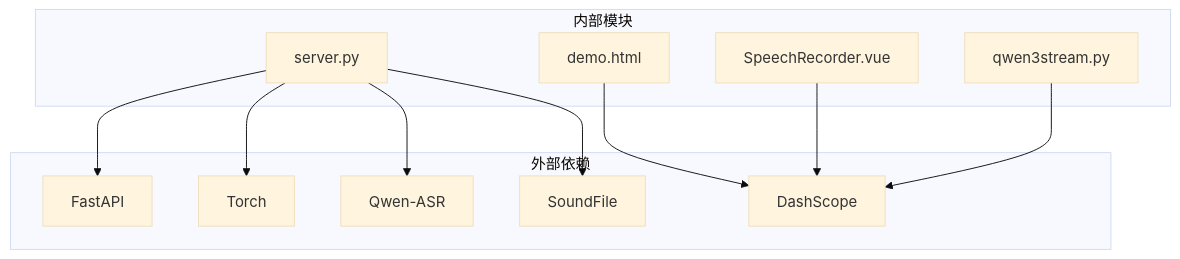
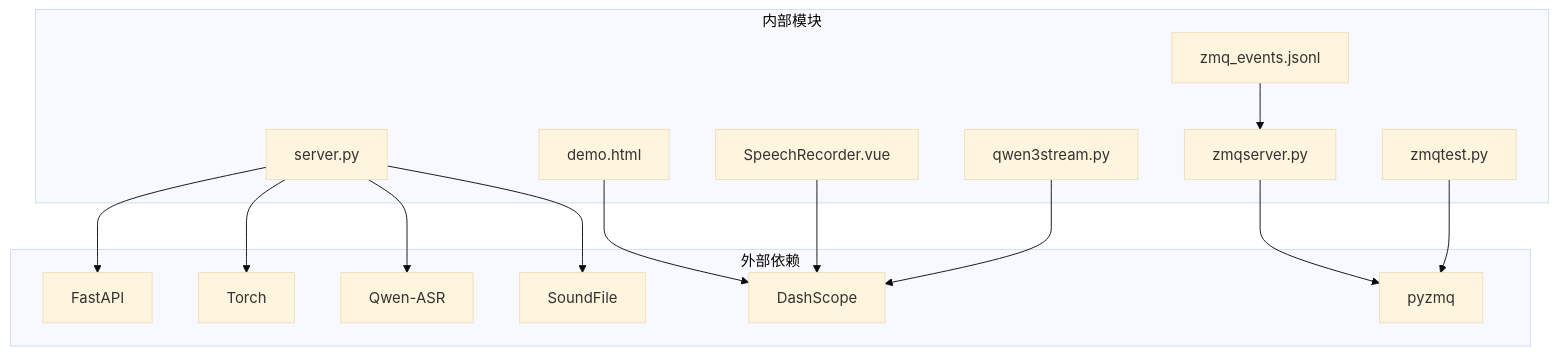
The ninth of 11 diagrams in .qoder/repowiki/zh/content/后端服务架构/WebSocket实时处理.md (1024dashen/Vue3Speech), drawn with Mermaid (base theme) before and after one commit. The commit also changed other lines of this file and 13 other files, not shown here.

````diff
--- a/.qoder/repowiki/zh/content/后端服务架构/WebSocket实时处理.md
+++ b/.qoder/repowiki/zh/content/后端服务架构/WebSocket实时处理.md
@@ -310,23 +442,30 @@
 ```mermaid
 graph TB
 subgraph "外部依赖"
 FastAPI[FastAPI]
 Torch[Torch]
 QwenASR[Qwen-ASR]
 SoundFile[SoundFile]
 DashScope[DashScope]
+PyZMQ[pyzmq]
 end
 subgraph "内部模块"
 Server[server.py]
 Demo[demo.html]
 Vue[SpeechRecorder.vue]
 Stream[qwen3stream.py]
+ZMQServer[zmqserver.py]
+ZMQTest[zmqtest.py]
+EventFile[zmq_events.jsonl]
 end
 Server --> FastAPI
 Server --> Torch
 Server --> QwenASR
 Server --> SoundFile
 Demo --> DashScope
 Vue --> DashScope
 Stream --> DashScope
+ZMQServer --> PyZMQ
+ZMQTest --> PyZMQ
+EventFile --> ZMQServer
 ```
````
